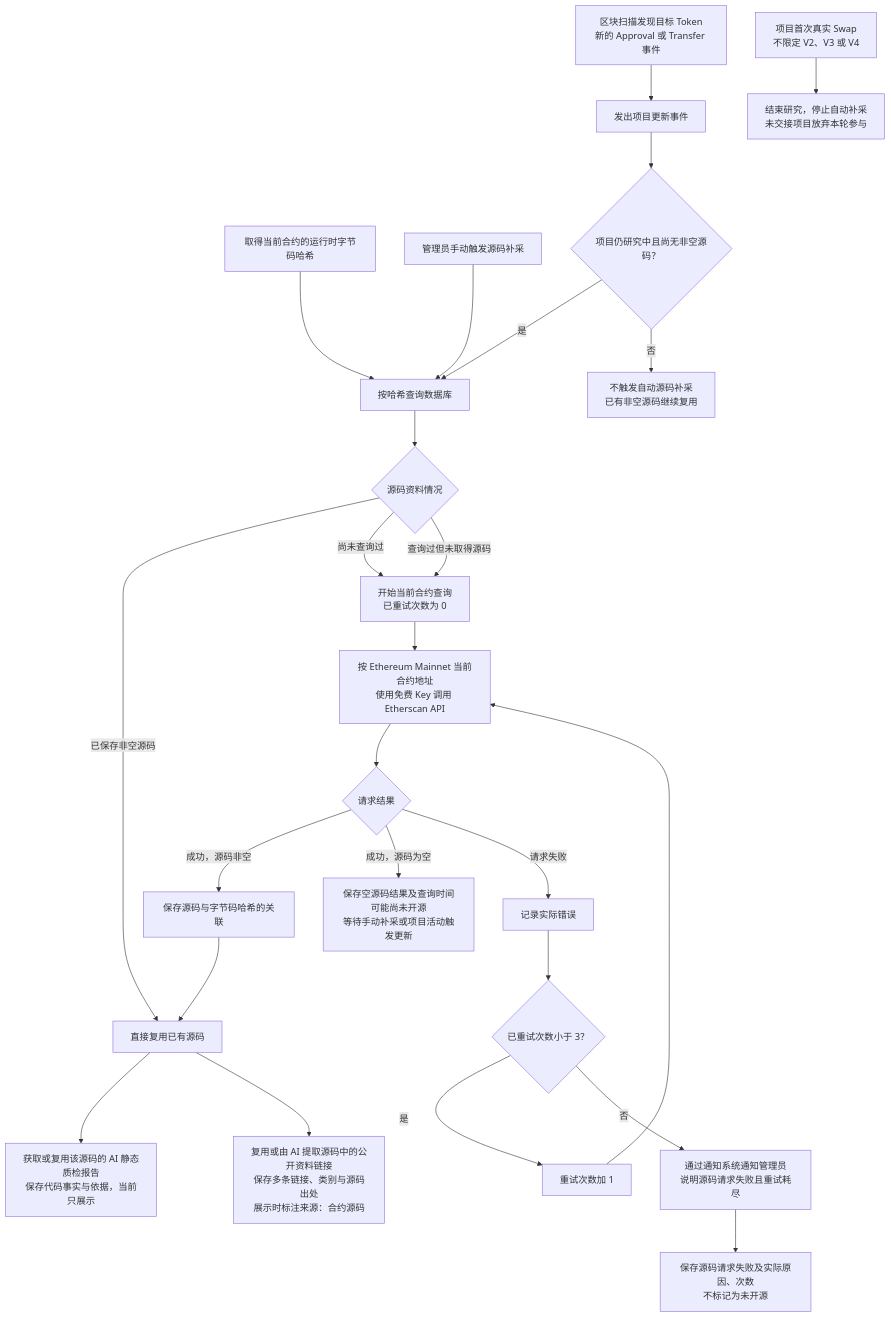
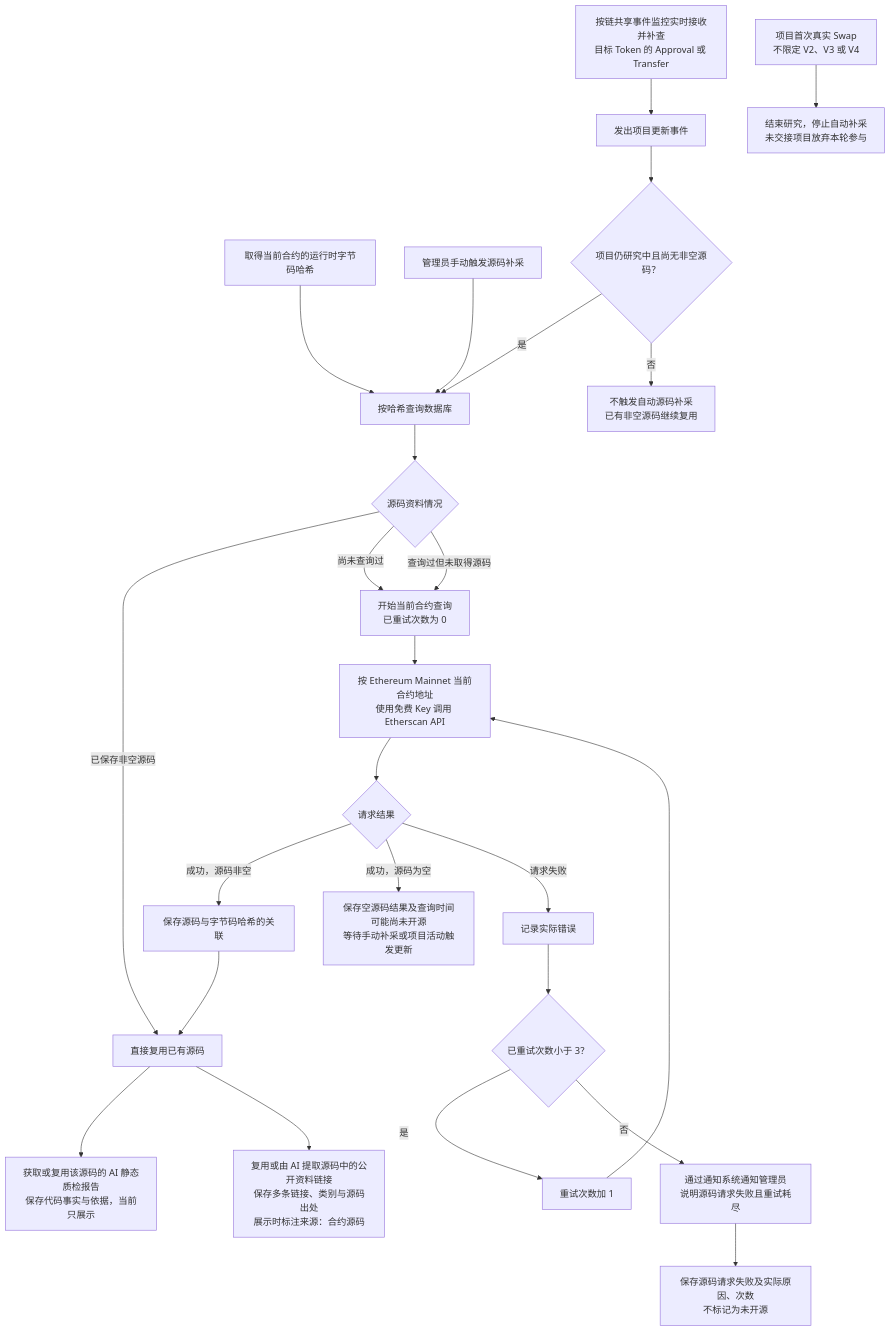
One commit to useryege/athena-o changed the diagram in docs/requirements/token/token-contract-source-flow.md. Above: the diagram before and after it, drawn with Mermaid. The commit also changed other lines of this file and 14 other files, not shown here.

````diff
--- a/docs/requirements/token/token-contract-source-flow.md
+++ b/docs/requirements/token/token-contract-source-flow.md
@@ -15,27 +15,27 @@
 ```mermaid
 flowchart TD
     A["取得当前合约的运行时字节码哈希"] --> B["按哈希查询数据库"]
     B --> C{"源码资料情况"}
     C -->|已保存非空源码| D["直接复用已有源码"]
     C -->|尚未查询过| R["开始当前合约查询<br/>已重试次数为 0"]
     C -->|查询过但未取得源码| R
     R --> E["按 Ethereum Mainnet 当前合约地址<br/>使用免费 Key 调用 Etherscan API"]
     E --> G{"请求结果"}
     G -->|成功，源码非空| H["保存源码与字节码哈希的关联"]
     H --> D
     G -->|成功，源码为空| U["保存空源码结果及查询时间<br/>可能尚未开源<br/>等待手动补采或项目活动触发更新"]
     G -->|请求失败| I["记录实际错误"]
     I --> K{"已重试次数小于 3？"}
     K -->|是| L["重试次数加 1"]
     L --> E
     K -->|否| M["通过通知系统通知管理员<br/>说明源码请求失败且重试耗尽"]
     M --> V["保存源码请求失败及实际原因、次数<br/>不标记为未开源"]
     D --> J["获取或复用该源码的 AI 静态质检报告<br/>保存代码事实与依据，当前只展示"]
     D --> P["复用或由 AI 提取源码中的公开资料链接<br/>保存多条链接、类别与源码出处<br/>展示时标注来源：合约源码"]
     MANUAL["管理员手动触发源码补采"] --> B
-    ACTIVITY["区块扫描发现目标 Token<br/>新的 Approval 或 Transfer 事件"] --> UPDATE["发出项目更新事件"]
+    ACTIVITY["按链共享事件监控实时接收并补查<br/>目标 Token 的 Approval 或 Transfer"] --> UPDATE["发出项目更新事件"]
     UPDATE --> ELIGIBLE{"项目仍研究中且尚无非空源码？"}
     ELIGIBLE -->|是| B
     ELIGIBLE -->|否| SKIP["不触发自动源码补采<br/>已有非空源码继续复用"]
     SWAP["项目首次真实 Swap<br/>不限定 V2、V3 或 V4"] --> STOP["结束研究，停止自动补采<br/>未交接项目放弃本轮参与"]
 ```
````
